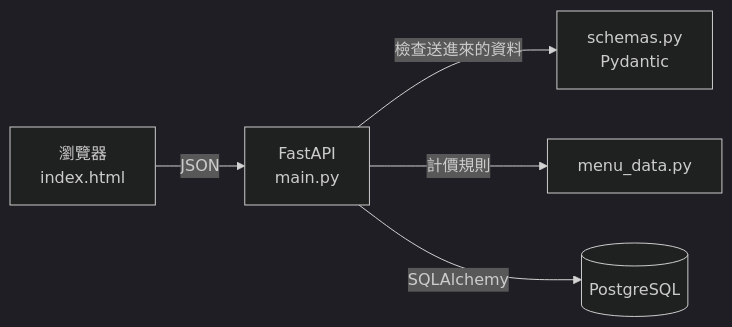
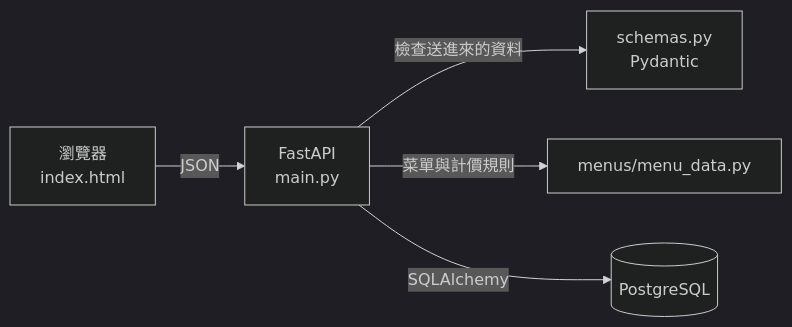
One commit to elike143/drink_order changed the diagram in README.md. Above: the diagram before and after it, drawn with Mermaid (dark theme). The commit also changed other lines of this file, not shown here.

````diff
--- a/README.md
+++ b/README.md
@@ -33,7 +35,7 @@
 ```mermaid
 flowchart LR
     A[瀏覽器<br>index.html] -- JSON --> B[FastAPI<br>main.py]
     B -- 檢查送進來的資料 --> C[schemas.py<br>Pydantic]
-    B -- 計價規則 --> D[menu_data.py]
+    B -- 菜單與計價規則 --> D[menus/menu_data.py]
     B -- SQLAlchemy --> E[(PostgreSQL)]
 ```
````
